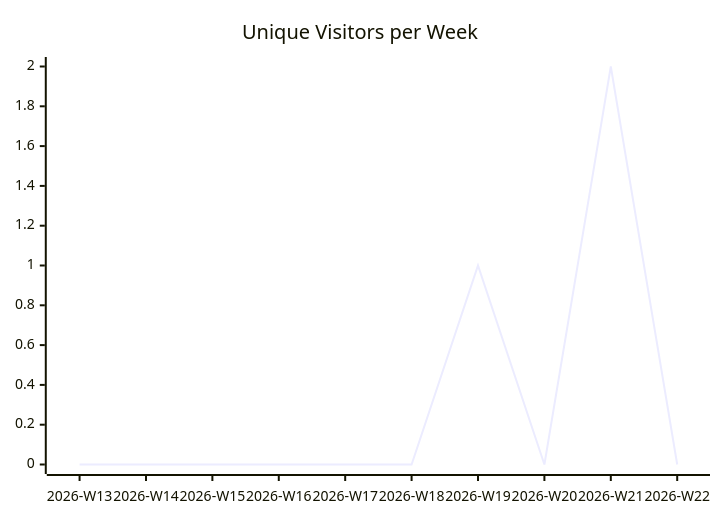
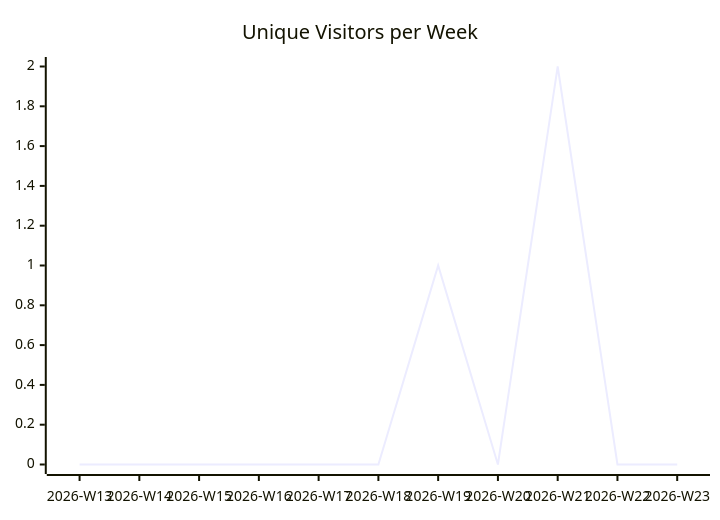
One commit to justdavis-family/github-analytics-data changed the first of 3 diagrams in karlmdavis/kobjects/README.md. Above: the diagram before and after it, drawn with Mermaid. The commit also changed other lines of this file and 186 other files, not shown here.

````diff
--- a/karlmdavis/kobjects/README.md
+++ b/karlmdavis/kobjects/README.md
@@ -5,6 +5,6 @@
 ```mermaid
 xychart-beta
   title "Unique Visitors per Week"
-  x-axis ["2026-W13", "2026-W14", "2026-W15", "2026-W16", "2026-W17", "2026-W18", "2026-W19", "2026-W20", "2026-W21", "2026-W22"]
-  line [0, 0, 0, 0, 0, 0, 1, 0, 2, 0]
+  x-axis ["2026-W13", "2026-W14", "2026-W15", "2026-W16", "2026-W17", "2026-W18", "2026-W19", "2026-W20", "2026-W21", "2026-W22", "2026-W23"]
+  line [0, 0, 0, 0, 0, 0, 1, 0, 2, 0, 0]
 ```
````
